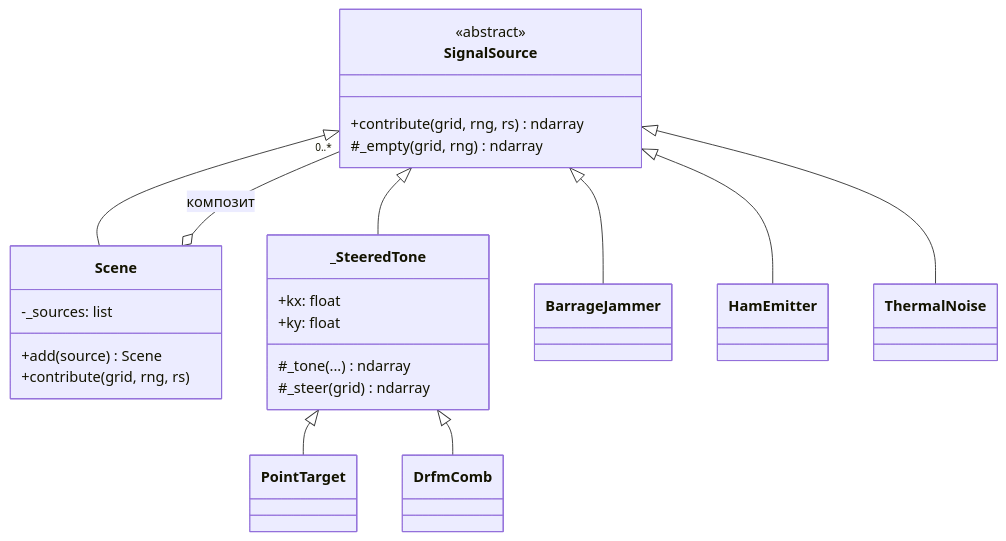
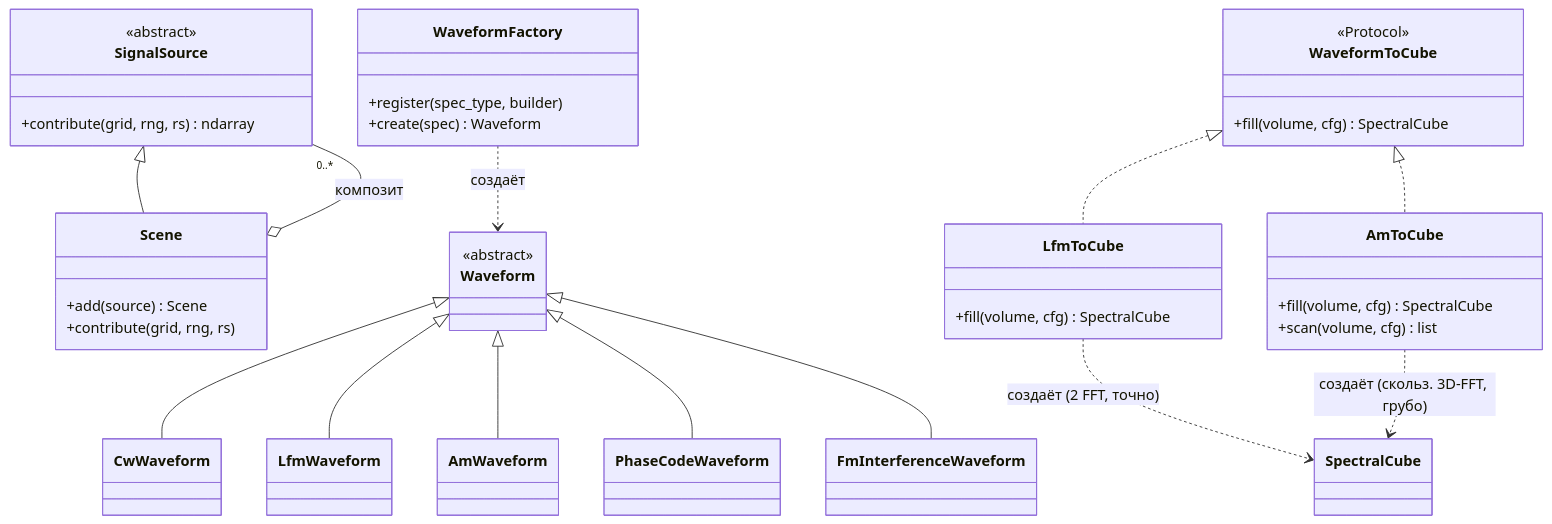
The first of 8 diagrams in Doc/architecture/C4-code.md (AlexLan73/Test_3FFT_model), drawn with Mermaid before and after one commit. The commit also changed other lines of this file and 7 other files, not shown here.

````diff
--- a/Doc/architecture/C4-code.md
+++ b/Doc/architecture/C4-code.md
@@ -8,33 +9,42 @@
 ```mermaid
 classDiagram
     class SignalSource {
         <<abstract>>
         +contribute(grid, rng, rs) ndarray
-        #_empty(grid, rng) ndarray
     }
     class Scene {
-        -_sources: list
         +add(source) Scene
         +contribute(grid, rng, rs)
     }
-    class _SteeredTone {
-        +kx: float
-        +ky: float
-        #_tone(...) ndarray
-        #_steer(grid) ndarray
+    class Waveform {
+        <<abstract>>
     }
-    class PointTarget
-    class DrfmComb
-    class BarrageJammer
-    class HamEmitter
-    class ThermalNoise
+    class WaveformFactory {
+        +register(spec_type, builder)
+        +create(spec) Waveform
+    }
+    class WaveformToCube {
+        <<Protocol>>
+        +fill(volume, cfg) SpectralCube
+    }
+    class LfmToCube {
+        +fill(volume, cfg) SpectralCube
+    }
+    class AmToCube {
+        +fill(volume, cfg) SpectralCube
+        +scan(volume, cfg) list
+    }
 
     SignalSource <|-- Scene
-    SignalSource <|-- _SteeredTone
-    SignalSource <|-- BarrageJammer
-    SignalSource <|-- HamEmitter
-    SignalSource <|-- ThermalNoise
-    _SteeredTone <|-- PointTarget
-    _SteeredTone <|-- DrfmComb
     Scene o-- "0..*" SignalSource : композит
+    Waveform <|-- CwWaveform
+    Waveform <|-- LfmWaveform
+    Waveform <|-- AmWaveform
+    Waveform <|-- PhaseCodeWaveform
+    Waveform <|-- FmInterferenceWaveform
+    WaveformFactory ..> Waveform : создаёт
+    WaveformToCube <|.. LfmToCube
+    WaveformToCube <|.. AmToCube
+    LfmToCube ..> SpectralCube : создаёт (2 FFT, точно)
+    AmToCube ..> SpectralCube : создаёт (скольз. 3D-FFT, грубо)
 ```
````
